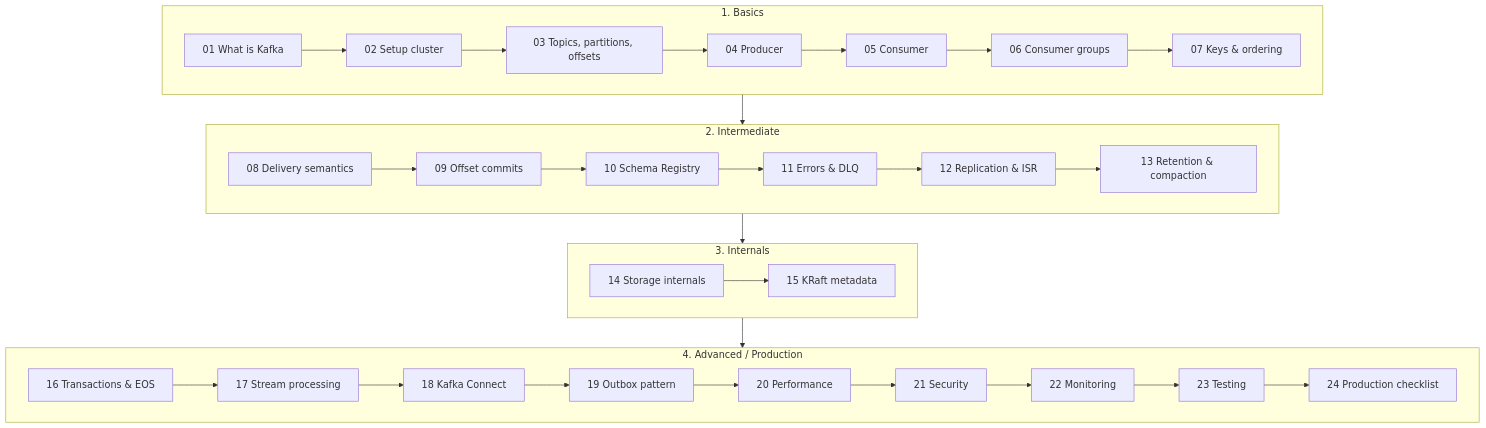
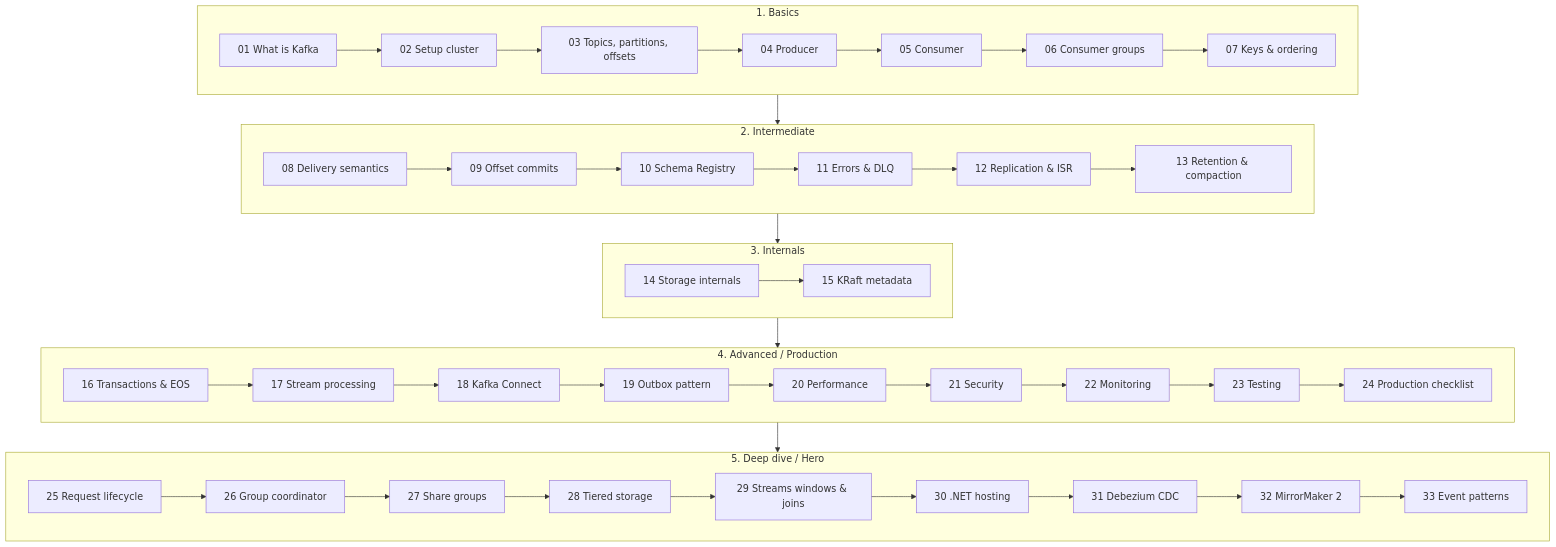
Before and after one commit to wesamkhateeb98-creator/kafka-deep-dive: the diagram in README.md, drawn with Mermaid. The commit also changed other lines of this file and 38 other files, not shown here.

Commit message:
Add deep-dive track (docs 25-33), finish doc 17, CDC and DR profiles

````diff
--- a/README.md
+++ b/README.md
@@ -7,20 +7,24 @@
 ```mermaid
 flowchart TD
     subgraph B["1. Basics"]
         direction LR
         T01[01 What is Kafka] --> T02[02 Setup cluster] --> T03[03 Topics, partitions, offsets] --> T04[04 Producer] --> T05[05 Consumer] --> T06[06 Consumer groups] --> T07[07 Keys & ordering]
     end
     subgraph I["2. Intermediate"]
         direction LR
         T08[08 Delivery semantics] --> T09[09 Offset commits] --> T10[10 Schema Registry] --> T11[11 Errors & DLQ] --> T12[12 Replication & ISR] --> T13[13 Retention & compaction]
     end
     subgraph N["3. Internals"]
         direction LR
         T14[14 Storage internals] --> T15[15 KRaft metadata]
     end
     subgraph A["4. Advanced / Production"]
         direction LR
         T16[16 Transactions & EOS] --> T17[17 Stream processing] --> T18[18 Kafka Connect] --> T19[19 Outbox pattern] --> T20[20 Performance] --> T21[21 Security] --> T22[22 Monitoring] --> T23[23 Testing] --> T24[24 Production checklist]
     end
-    B --> I --> N --> A
+    subgraph H["5. Deep dive / Hero"]
+        direction LR
+        T25[25 Request lifecycle] --> T26[26 Group coordinator] --> T27[27 Share groups] --> T28[28 Tiered storage] --> T29[29 Streams windows & joins] --> T30[30 .NET hosting] --> T31[31 Debezium CDC] --> T32[32 MirrorMaker 2] --> T33[33 Event patterns]
+    end
+    B --> I --> N --> A --> H
 ```
````
